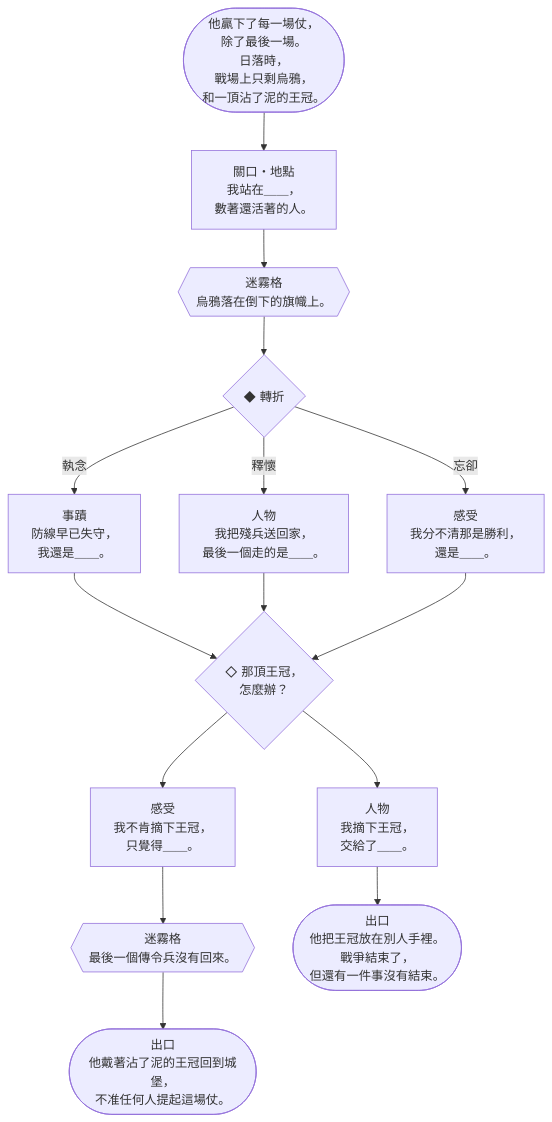
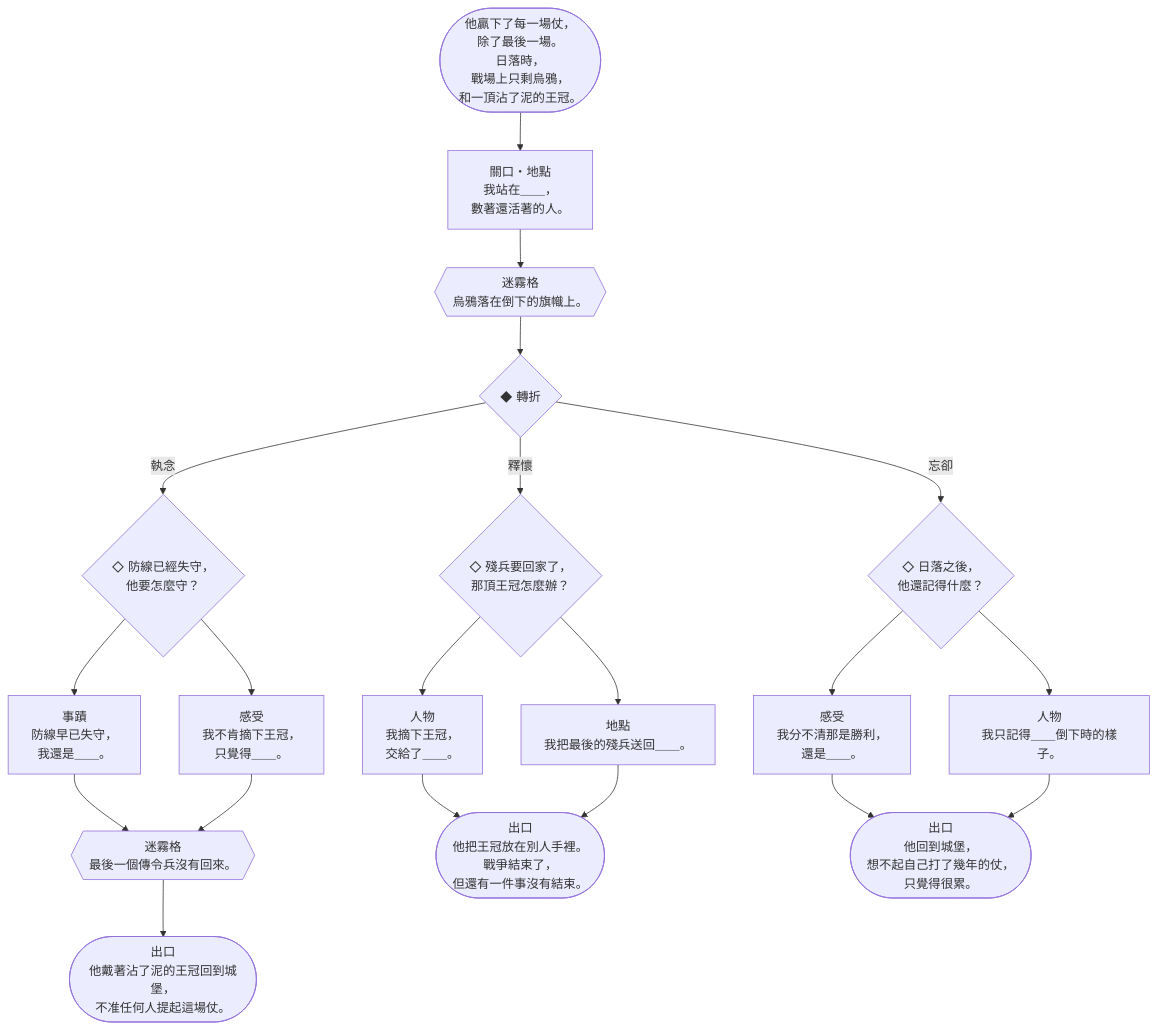
The seventh of 15 diagrams in docs/design/V5-storybooks.zh-TW.md (Ralph-Liu-Hub/Boardgame-Netherbloom), drawn with Mermaid before and after one commit. The commit also changed other lines of this file and 5 other files, not shown here.

````diff
--- a/docs/design/V5-storybooks.zh-TW.md
+++ b/docs/design/V5-storybooks.zh-TW.md
@@ -649,29 +643,38 @@
 ```mermaid
 flowchart TD
   c0E(["他贏下了每一場仗，<br>除了最後一場。<br>日落時，<br>戰場上只剩烏鴉，<br>和一頂沾了泥的王冠。"]) --> c0a
   c0a["關口・地點<br>我站在＿＿，<br>數著還活著的人。"]
   c0a --> c0x1
   c0x1{{"迷霧格<br>烏鴉落在倒下的旗幟上。"}}
   c0x1 --> c0f
   c0f{"◆ 轉折"}
-  c0f -- 執念 --> c0c1
-  c0f -- 釋懷 --> c0c2
-  c0f -- 忘卻 --> c0c3
+  c0f -- 執念 --> c0p1
+  c0f -- 釋懷 --> c0p2
+  c0f -- 忘卻 --> c0p3
+  c0p1{"◇ 防線已經失守，<br>他要怎麼守？"}
+  c0p1 --> c0c1
+  c0p1 --> c0c2
   c0c1["事蹟<br>防線早已失守，<br>我還是＿＿。"]
-  c0c1 --> c0p1
-  c0c2["人物<br>我把殘兵送回家，<br>最後一個走的是＿＿。"]
-  c0c2 --> c0p1
-  c0c3["感受<br>我分不清那是勝利，<br>還是＿＿。"]
-  c0c3 --> c0p1
-  c0p1{"◇ 那頂王冠，<br>怎麼辦？"}
-  c0p1 --> c0d1
-  c0p1 --> c0d2
-  c0d1["感受<br>我不肯摘下王冠，<br>只覺得＿＿。"]
-  c0d1 --> c0x2
+  c0c1 --> c0x2
+  c0c2["感受<br>我不肯摘下王冠，<br>只覺得＿＿。"]
+  c0c2 --> c0x2
   c0x2{{"迷霧格<br>最後一個傳令兵沒有回來。"}}
   c0x2 --> c0o1
-  c0d2["人物<br>我摘下王冠，<br>交給了＿＿。"]
+  c0p2{"◇ 殘兵要回家了，<br>那頂王冠怎麼辦？"}
+  c0p2 --> c0d1
+  c0p2 --> c0d2
+  c0d1["人物<br>我摘下王冠，<br>交給了＿＿。"]
+  c0d1 --> c0o2
+  c0d2["地點<br>我把最後的殘兵送回＿＿。"]
   c0d2 --> c0o2
+  c0p3{"◇ 日落之後，<br>他還記得什麼？"}
+  c0p3 --> c0e1
+  c0p3 --> c0e2
+  c0e1["感受<br>我分不清那是勝利，<br>還是＿＿。"]
+  c0e1 --> c0o3
+  c0e2["人物<br>我只記得＿＿倒下時的樣子。"]
+  c0e2 --> c0o3
   c0o1(["出口<br>他戴著沾了泥的王冠回到城堡，<br>不准任何人提起這場仗。"])
   c0o2(["出口<br>他把王冠放在別人手裡。<br>戰爭結束了，<br>但還有一件事沒有結束。"])
+  c0o3(["出口<br>他回到城堡，<br>想不起自己打了幾年的仗，<br>只覺得很累。"])
 ```
````
